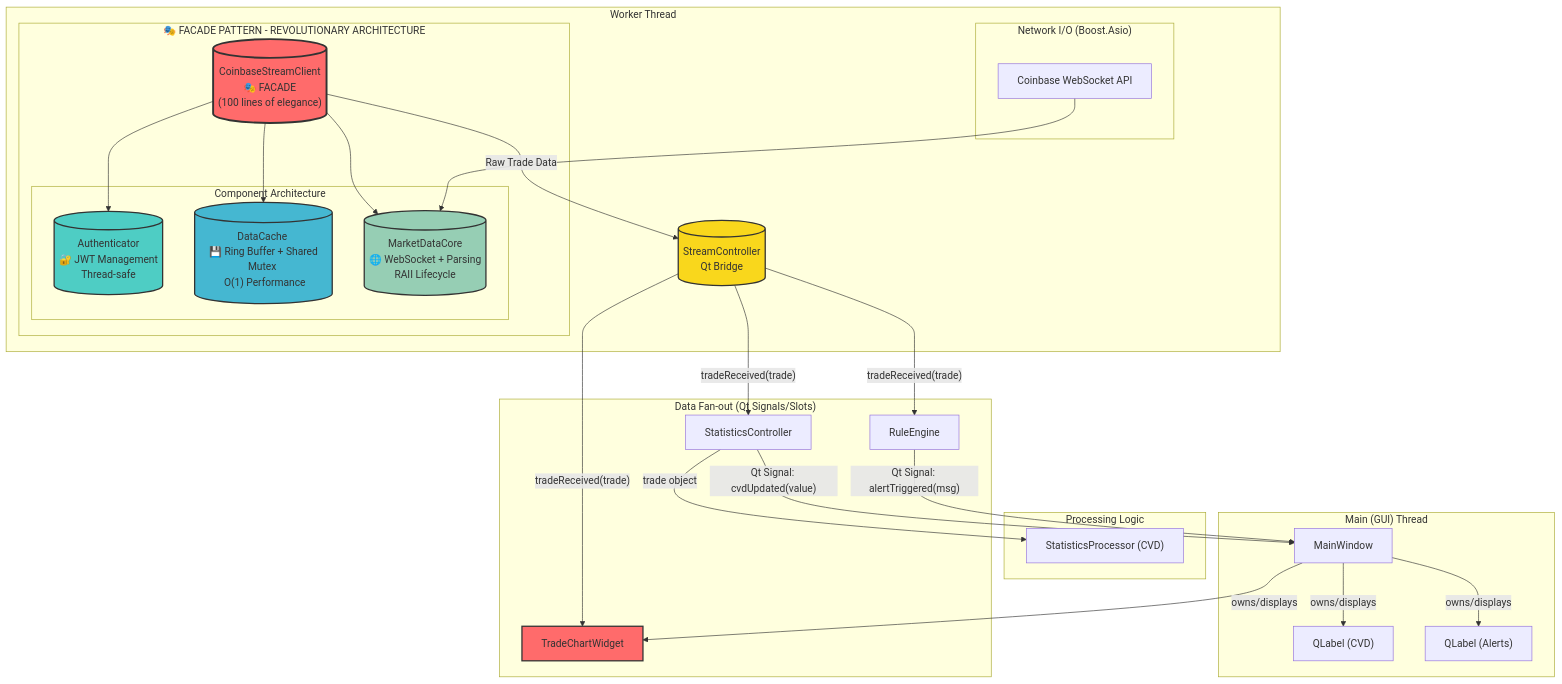
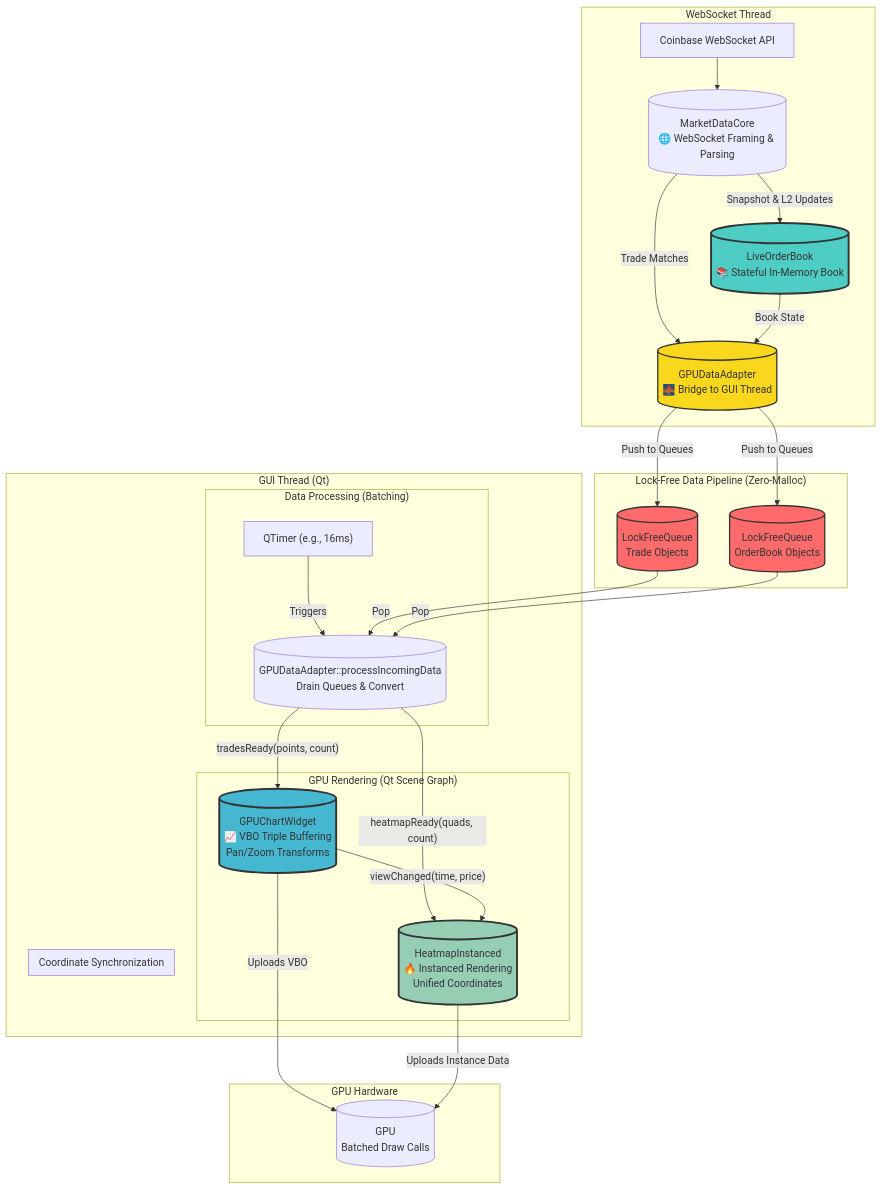
The diagram in docs/ARCHITECTURE.md (pattty847/Sentinel), drawn with Mermaid before and after one commit. The commit also changed other lines of this file and 15 other files, not shown here.

First line of the commit message:
feat(gpu-chart): Complete Phases 0-4 of GPU rendering overhaul

````diff
--- a/docs/ARCHITECTURE.md
+++ b/docs/ARCHITECTURE.md
@@ -3,52 +3,46 @@
 ```mermaid
 graph TD
-    subgraph "Worker Thread"
-        subgraph "Network I/O (Boost.Asio)"
-            WS["Coinbase WebSocket API"];
-        end
-        
-        subgraph "🎭 FACADE PATTERN - REVOLUTIONARY ARCHITECTURE"
-            CSF[("CoinbaseStreamClient <br> 🎭 FACADE <br> (100 lines of elegance)")] 
-            
-            subgraph "Component Architecture"
-                AUTH[("Authenticator <br> 🔐 JWT Management <br> Thread-safe")]
-                CACHE[("DataCache <br> 💾 Ring Buffer + Shared Mutex <br> O(1) Performance")]
-                CORE[("MarketDataCore <br> 🌐 WebSocket + Parsing <br> RAII Lifecycle")]
-            end
-            
-            CSF --> AUTH
-            CSF --> CACHE
-            CSF --> CORE
-        end
-        
-        CSF -- "Raw Trade Data" --> SC[("StreamController <br> Qt Bridge")];
+    subgraph "WebSocket Thread"
+        WS["Coinbase WebSocket API"] --> CORE[("MarketDataCore<br>🌐 WebSocket Framing & Parsing")];
+        CORE -- "Snapshot & L2 Updates" --> LOB[("LiveOrderBook<br>📚 Stateful In-Memory Book")];
+        CORE -- "Trade Matches" --> ADAPTER[("GPUDataAdapter<br>🌉 Bridge to GUI Thread")];
+        LOB -- "Book State" --> ADAPTER;
     end
 
-    subgraph "Data Fan-out (Qt Signals/Slots)"
-        SC -- "tradeReceived(trade)" --> STATS["StatisticsController"];
-        SC -- "tradeReceived(trade)" --> RULES["RuleEngine"];
-        SC -- "tradeReceived(trade)" --> CHART["TradeChartWidget"];
+    subgraph "Lock-Free Data Pipeline (Zero-Malloc)"
+        ADAPTER -- "Push to Queues" --> TRADES_Q[("LockFreeQueue<br>Trade Objects")];
+        ADAPTER -- "Push to Queues" --> BOOK_Q[("LockFreeQueue<br>OrderBook Objects")];
     end
 
-    subgraph "Processing Logic"
-        STATS -- "trade object" --> PROC["StatisticsProcessor (CVD)"];
+    subgraph "GUI Thread (Qt)"
+        subgraph "Data Processing (Batching)"
+            PROC_TIMER["QTimer (e.g., 16ms)"] --> |"Triggers"| BATCH_PROC[("GPUDataAdapter::processIncomingData<br>Drain Queues & Convert")];
+            TRADES_Q --> |"Pop"| BATCH_PROC;
+            BOOK_Q --> |"Pop"| BATCH_PROC;
+        end
+
+        subgraph "GPU Rendering (Qt Scene Graph)"
+            GPU_CHART[("GPUChartWidget<br>📈 VBO Triple Buffering<br>Pan/Zoom Transforms")];
+            HEATMAP[("HeatmapInstanced<br>🔥 Instanced Rendering<br>Unified Coordinates")];
+        end
+
+        BATCH_PROC -- "tradesReady(points, count)" --> GPU_CHART;
+        BATCH_PROC -- "heatmapReady(quads, count)" --> HEATMAP;
+
+        subgraph "Coordinate Synchronization"
+            GPU_CHART -- "viewChanged(time, price)" --> HEATMAP;
+        end
     end
 
-    subgraph "Main (GUI) Thread"
-        MW["MainWindow"] -- "owns/displays" --> CHART;
-        MW -- "owns/displays" --> CVD_LABEL["QLabel (CVD)"];
-        MW -- "owns/displays" --> ALERT_LABEL["QLabel (Alerts)"];
-        
-        STATS -- "Qt Signal: cvdUpdated(value)" --> MW;
-        RULES -- "Qt Signal: alertTriggered(msg)" --> MW;
+    subgraph "GPU Hardware"
+        GPU_CHART -- "Uploads VBO" --> GPU[("GPU<br>Batched Draw Calls")];
+        HEATMAP -- "Uploads Instance Data" --> GPU;
     end
-    
-    WS --> CORE;
 
-    style CSF fill:#FF6B6B,stroke:#333,stroke-width:3px
-    style AUTH fill:#4ECDC4,stroke:#333,stroke-width:2px
-    style CACHE fill:#45B7D1,stroke:#333,stroke-width:2px
-    style CORE fill:#96CEB4,stroke:#333,stroke-width:2px
-    style SC fill:#f9d71c,stroke:#333,stroke-width:2px
-    style CHART fill:#ff6b6b,stroke:#333,stroke-width:2px
+    style LOB fill:#4ECDC4,stroke:#333,stroke-width:3px
+    style ADAPTER fill:#f9d71c,stroke:#333,stroke-width:2px
+    style TRADES_Q fill:#FF6B6B,stroke:#333,stroke-width:2px
+    style BOOK_Q fill:#FF6B6B,stroke:#333,stroke-width:2px
+    style GPU_CHART fill:#45B7D1,stroke:#333,stroke-width:3px
+    style HEATMAP fill:#96CEB4,stroke:#333,stroke-width:3px
 ```
````
